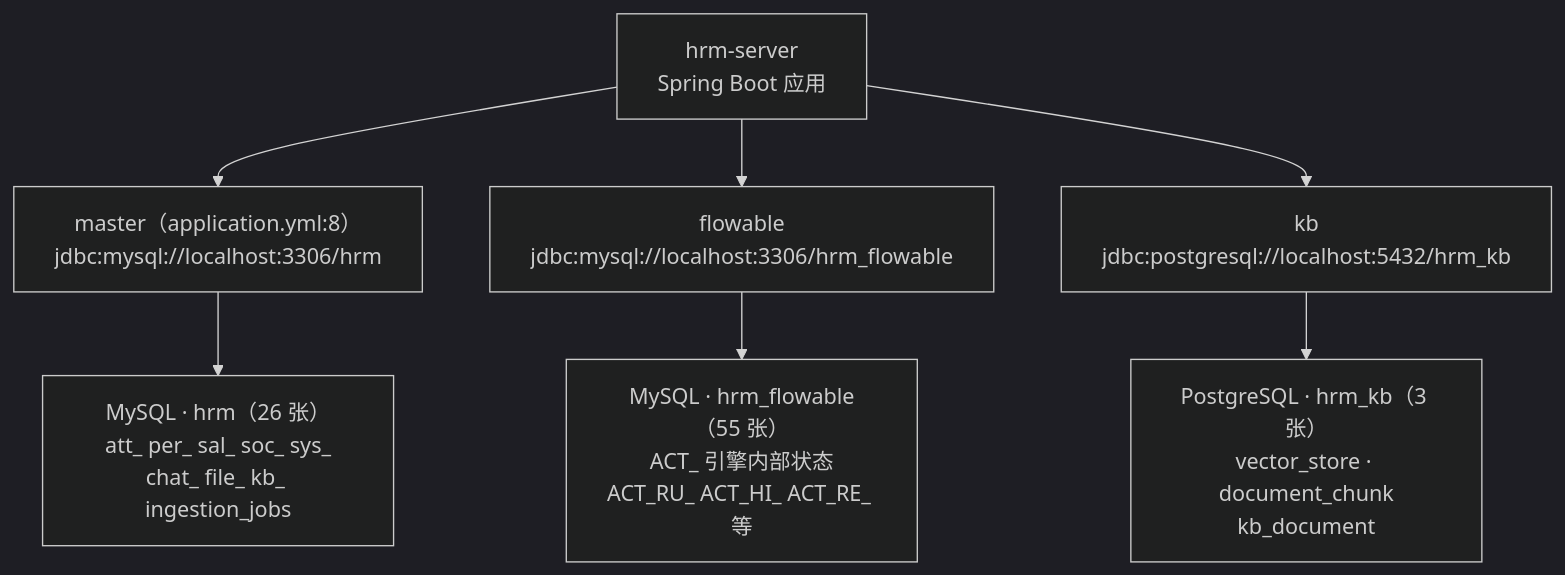
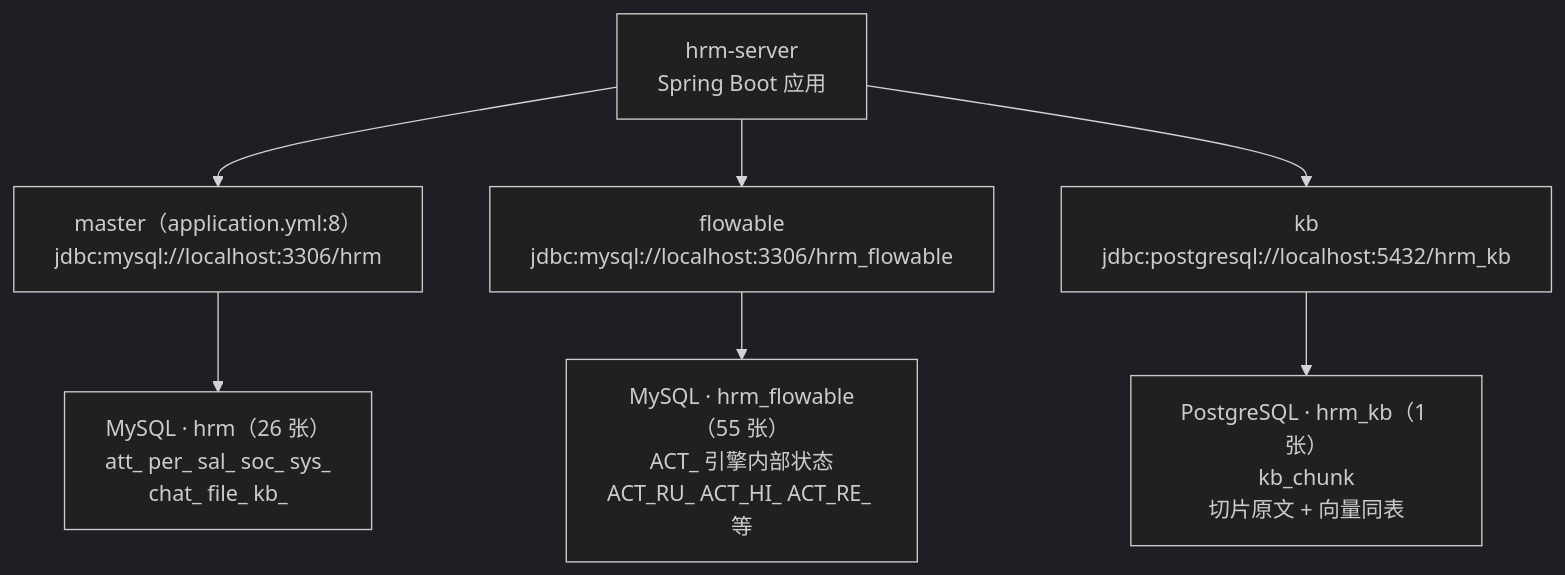
Before and after one commit to quuuuj/hrm: the first of 2 diagrams in docs/note/06-表结构设计与三库分工.md, drawn with Mermaid (dark theme). The commit also changed other lines of this file and 5 other files, not shown here.

````diff
--- a/docs/note/06-表结构设计与三库分工.md
+++ b/docs/note/06-表结构设计与三库分工.md
@@ -21,12 +21,12 @@
 ```mermaid
 flowchart TD
     App["hrm-server<br/>Spring Boot 应用"]
 
     App --> Master["master（application.yml:8）<br/>jdbc:mysql://localhost:3306/hrm"]
     App --> Flow["flowable<br/>jdbc:mysql://localhost:3306/hrm_flowable"]
     App --> KB["kb<br/>jdbc:postgresql://localhost:5432/hrm_kb"]
 
-    Master --> DB1["MySQL · hrm（26 张）<br/>att_ per_ sal_ soc_ sys_<br/>chat_ file_ kb_ ingestion_jobs"]
+    Master --> DB1["MySQL · hrm（26 张）<br/>att_ per_ sal_ soc_ sys_<br/>chat_ file_ kb_"]
     Flow --> DB2["MySQL · hrm_flowable（55 张）<br/>ACT_ 引擎内部状态<br/>ACT_RU_ ACT_HI_ ACT_RE_ 等"]
-    KB --> DB3["PostgreSQL · hrm_kb（3 张）<br/>vector_store · document_chunk<br/>kb_document"]
+    KB --> DB3["PostgreSQL · hrm_kb（1 张）<br/>kb_chunk<br/>切片原文 + 向量同表"]
 ```
````
